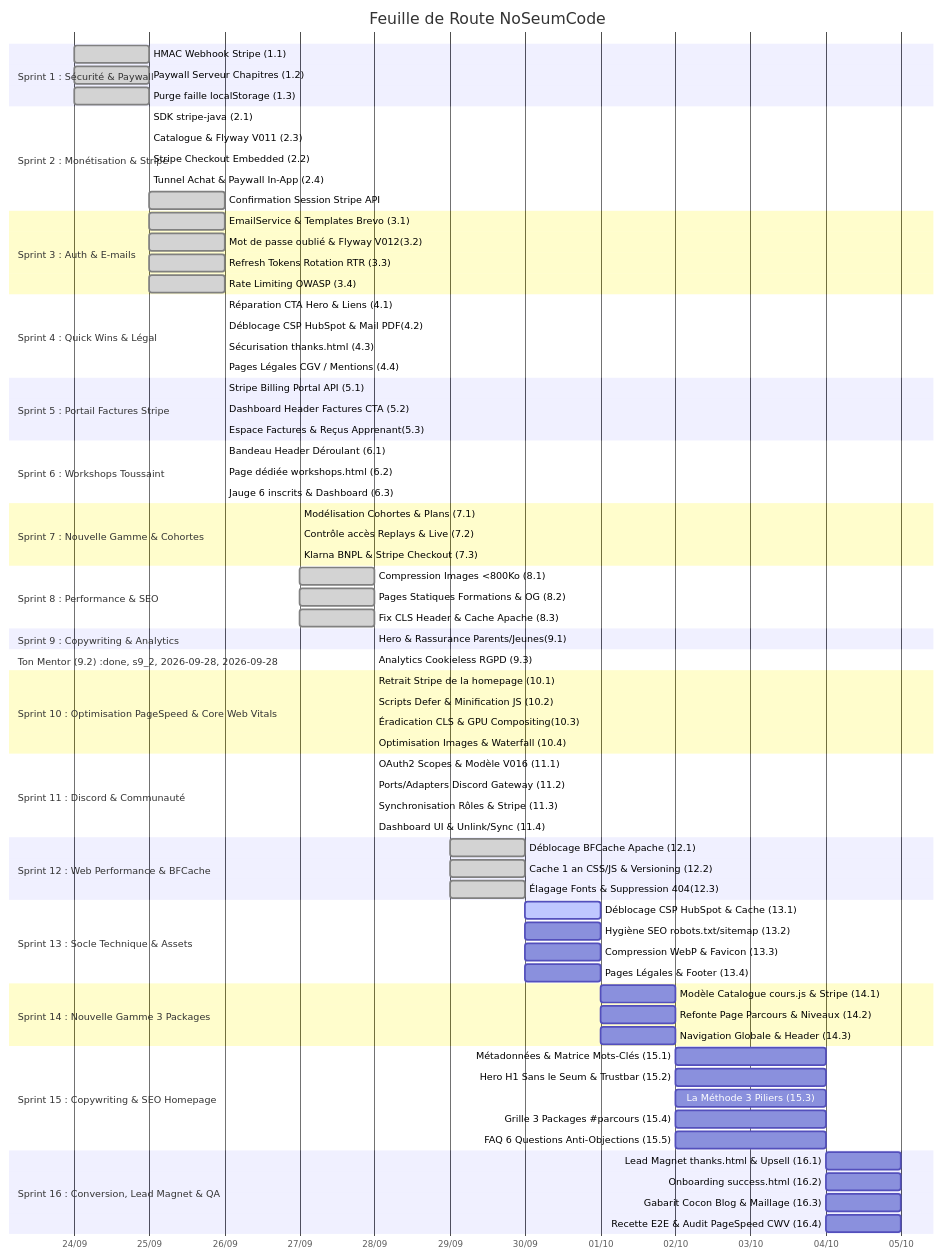
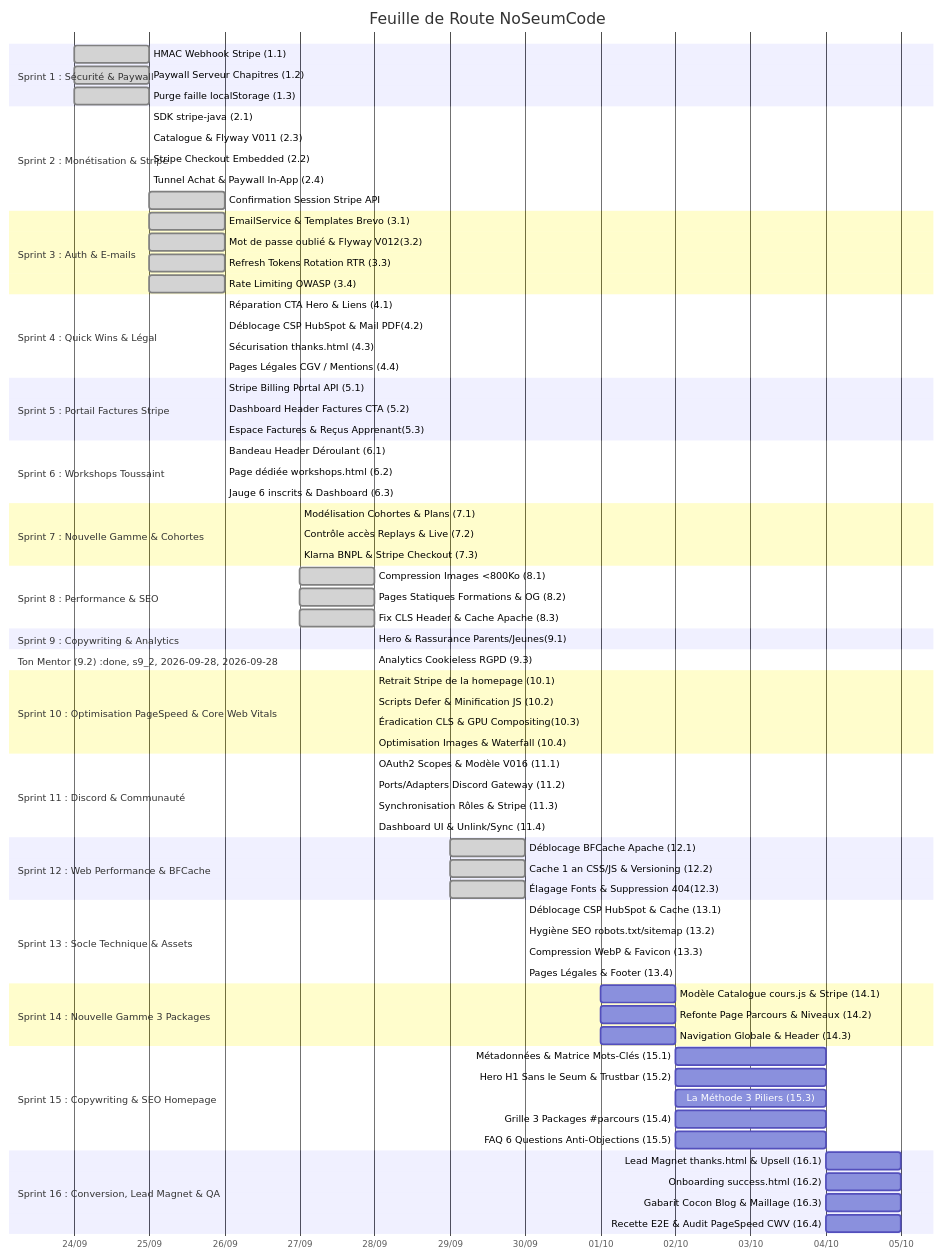
The diagram in docs/ai/ROADMAP.md (cedricrgt/noSeumCode), drawn with Mermaid before and after one commit. The commit also changed other lines of this file and 10 other files, not shown here.

```diff
--- a/docs/ai/ROADMAP.md
+++ b/docs/ai/ROADMAP.md
@@ -103,10 +103,10 @@
     Élagage Fonts & Suppression 404(12.3):done, s12_3, 2026-09-29, 2026-09-30
 
     section Sprint 13 : Socle Technique & Assets
-    Déblocage CSP HubSpot & Cache (13.1) :active, s13_1, 2026-09-30, 2026-10-01
-    Hygiène SEO robots.txt/sitemap (13.2):s13_2, 2026-09-30, 2026-10-01
-    Compression WebP & Favicon (13.3)    :s13_3, 2026-09-30, 2026-10-01
-    Pages Légales & Footer (13.4)        :s13_4, 2026-09-30, 2026-10-01
+    Déblocage CSP HubSpot & Cache (13.1) :done, s13_1, 2026-09-30, 2026-09-30
+    Hygiène SEO robots.txt/sitemap (13.2):done, s13_2, 2026-09-30, 2026-09-30
+    Compression WebP & Favicon (13.3)    :done, s13_3, 2026-09-30, 2026-09-30
+    Pages Légales & Footer (13.4)        :done, s13_4, 2026-09-30, 2026-09-30
 
     section Sprint 14 : Nouvelle Gamme 3 Packages
     Modèle Catalogue cours.js & Stripe (14.1):s14_1, 2026-10-01, 2026-10-02
```
